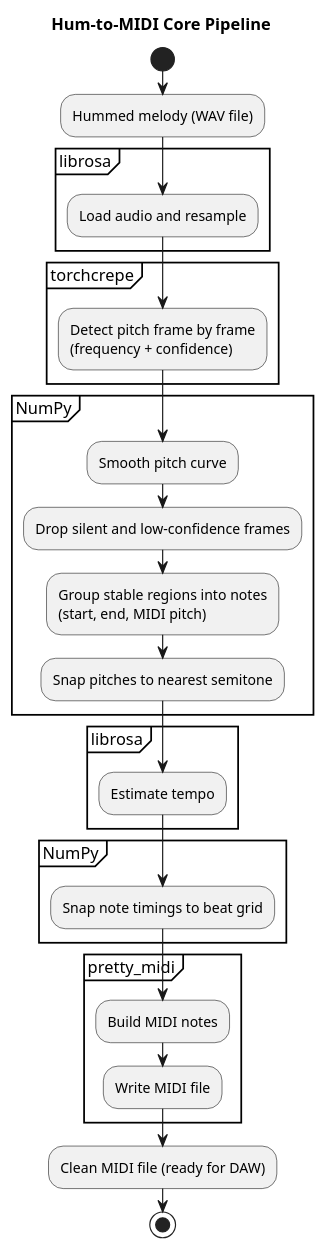
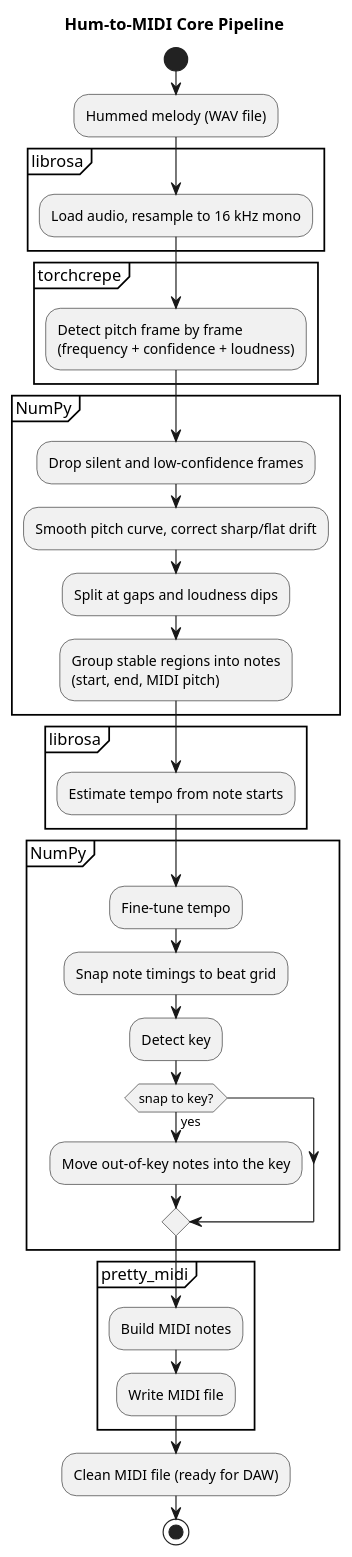
Before and after one commit to rafaelno-code/cs-193-project: the diagram in docs/pipeline.puml, drawn with PlantUML. The commit also changed 3 other files, not shown here.

```diff
--- a/docs/pipeline.puml
+++ b/docs/pipeline.puml
@@ -1,41 +1,46 @@
 @startuml
 title Hum-to-MIDI Core Pipeline
 
 start
 
 :Hummed melody (WAV file);
 
 partition "librosa" {
-  :Load audio and resample;
+  :Load audio, resample to 16 kHz mono;
 }
 
 partition "torchcrepe" {
   :Detect pitch frame by frame
-  (frequency + confidence);
+  (frequency + confidence + loudness);
 }
 
 partition "NumPy" {
-  :Smooth pitch curve;
   :Drop silent and low-confidence frames;
+  :Smooth pitch curve, correct sharp/flat drift;
+  :Split at gaps and loudness dips;
   :Group stable regions into notes
   (start, end, MIDI pitch);
-  :Snap pitches to nearest semitone;
 }
 
 partition "librosa" {
-  :Estimate tempo;
+  :Estimate tempo from note starts;
 }
 
 partition "NumPy" {
+  :Fine-tune tempo;
   :Snap note timings to beat grid;
+  :Detect key;
+  if (snap to key?) then (yes)
+    :Move out-of-key notes into the key;
+  endif
 }
 
 partition "pretty_midi" {
   :Build MIDI notes;
   :Write MIDI file;
 }
 
 :Clean MIDI file (ready for DAW);
 
 stop
 @enduml
```
